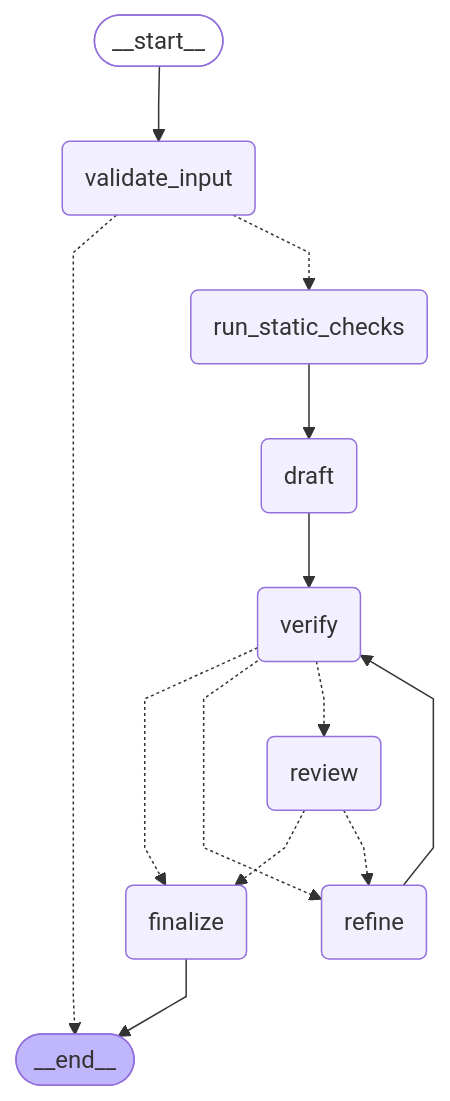
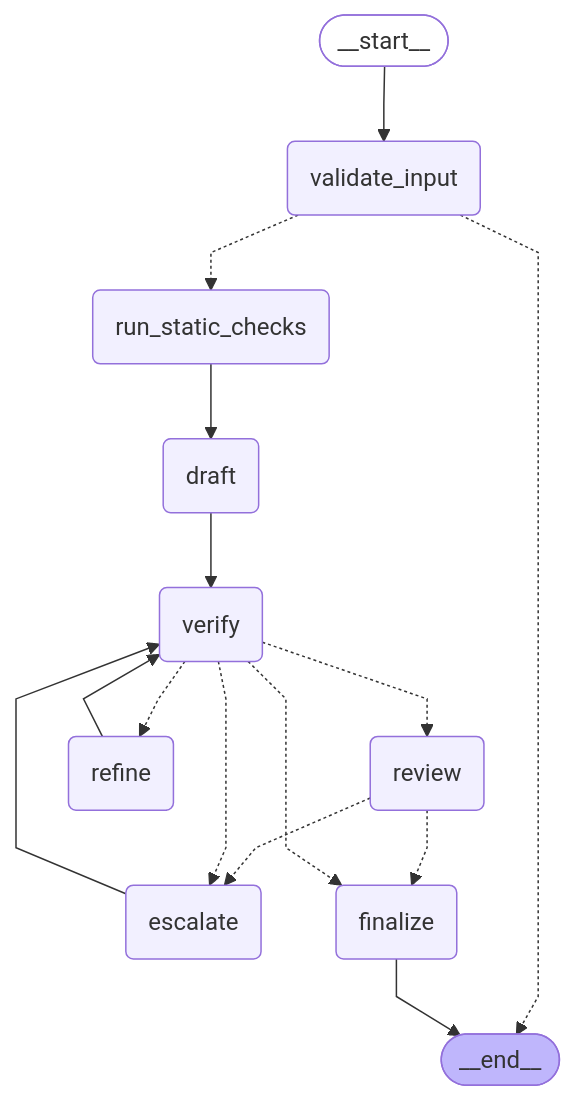
One commit to ethantranucsb/devassist changed the diagram in README.md. Above: the diagram before and after it, drawn with Mermaid. The commit also changed other lines of this file and 15 other files, not shown here.

````diff
--- a/README.md
+++ b/README.md
@@ -161,32 +161,35 @@
 ```mermaid
 ---
 config:
   flowchart:
     curve: linear
 ---
 graph TD;
 	__start__([<p>__start__</p>]):::first
 	validate_input(validate_input)
 	run_static_checks(run_static_checks)
 	draft(draft)
 	verify(verify)
 	review(review)
 	refine(refine)
+	escalate(escalate)
 	finalize(finalize)
 	__end__([<p>__end__</p>]):::last
 	__start__ --> validate_input;
 	draft --> verify;
+	escalate --> verify;
 	refine --> verify;
+	review -.-> escalate;
 	review -.-> finalize;
-	review -.-> refine;
 	run_static_checks --> draft;
 	validate_input -.-> __end__;
 	validate_input -.-> run_static_checks;
+	verify -.-> escalate;
 	verify -.-> finalize;
 	verify -.-> refine;
 	verify -.-> review;
 	finalize --> __end__;
 	classDef default fill:#f2f0ff,line-height:1.2
 	classDef first fill-opacity:0
 	classDef last fill:#bfb6fc
 ```
````
